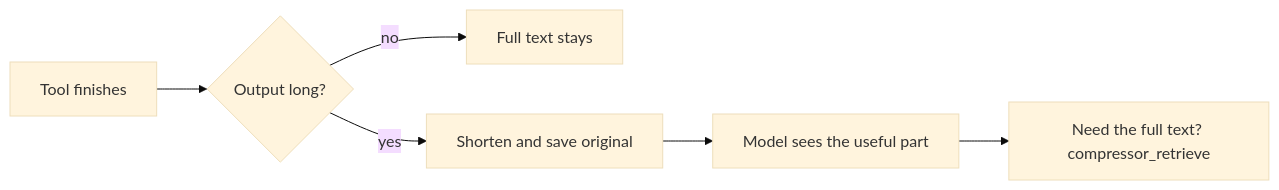
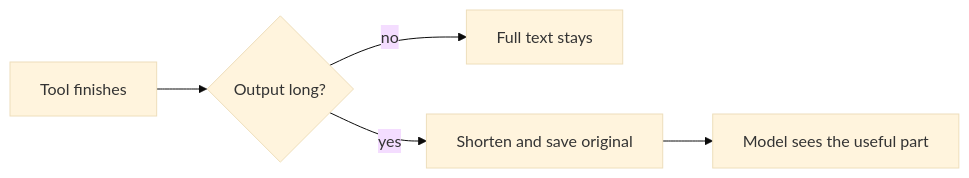
Before and after one commit to lifeodyssey/headroom: the diagram in README.md, drawn with Mermaid (base theme). The commit also changed other lines of this file and 3 other files, not shown here.

````diff
--- a/README.md
+++ b/README.md
@@ -20,8 +20,7 @@
 ```mermaid
 flowchart LR
   A[Tool finishes] --> B{Output long?}
   B -->|no| C[Full text stays]
   B -->|yes| D[Shorten and save original]
   D --> E[Model sees the useful part]
-  E --> F[Need the full text? compressor_retrieve]
 ```
````
